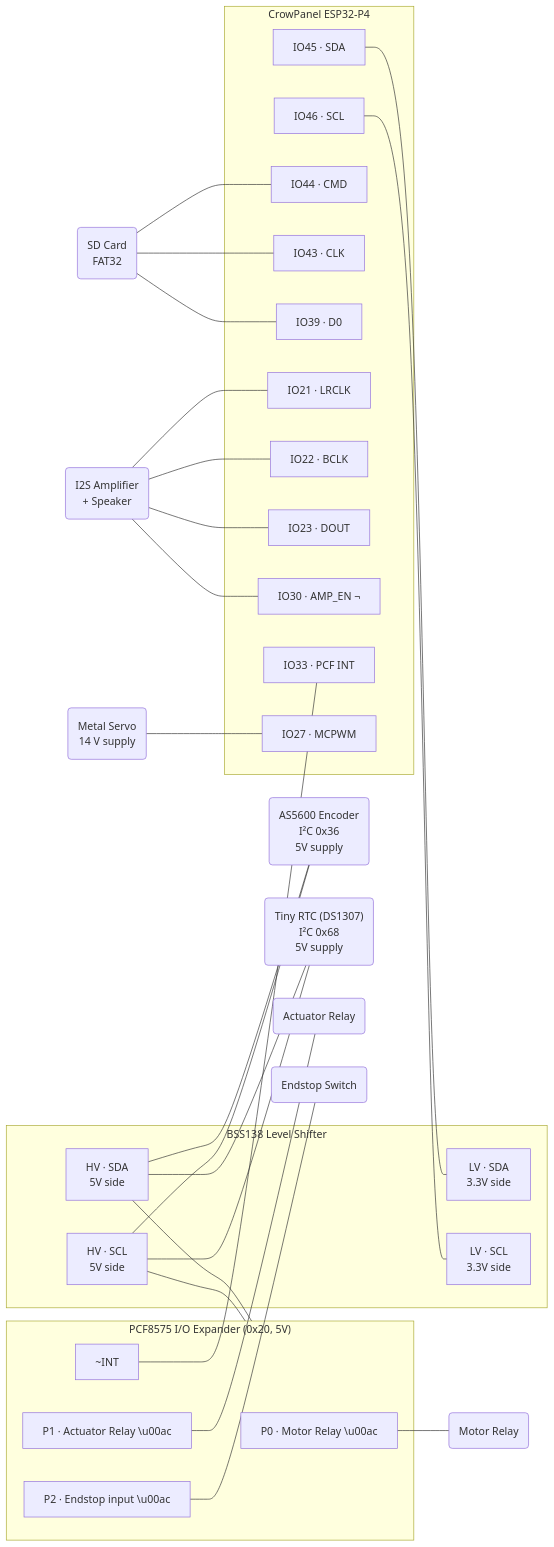
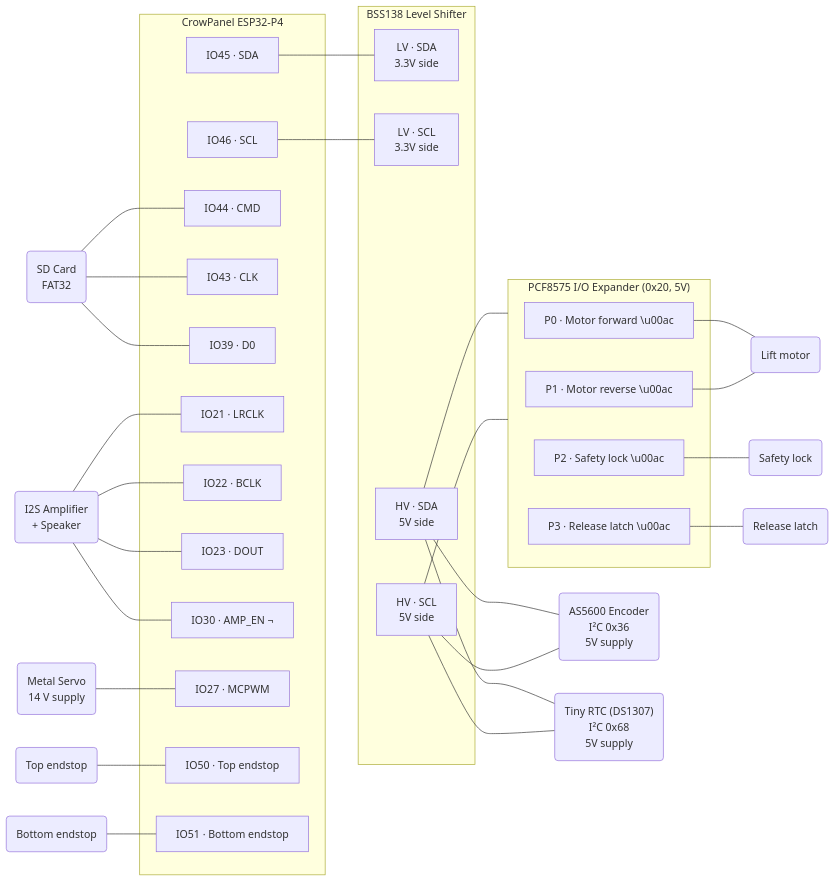
The diagram in README.md (janreinhartp/DigitalCharpyImpactTestingMachine), drawn with Mermaid before and after one commit. The commit also changed other lines of this file and 20 other files, not shown here.

````diff
--- a/README.md
+++ b/README.md
@@ -21,61 +25,66 @@
 ```mermaid
 graph LR
     AS5600("AS5600 Encoder\nI²C 0x36\n5V supply")
     DS1307("Tiny RTC (DS1307)\nI²C 0x68\n5V supply")
     SD("SD Card\nFAT32")
     AMP("I2S Amplifier\n+ Speaker")
     SERVO("Metal Servo\n14 V supply")
 
     subgraph PCF ["PCF8575 I/O Expander (0x20, 5V)"]
-        P0["P0 · Motor Relay \u00ac"]
-        P1["P1 · Actuator Relay \u00ac"]
-        P2["P2 · Endstop input \u00ac"]
-        PCF_INT["~INT"]
+        P0["P0 · Motor forward \u00ac"]
+        P1["P1 · Motor reverse \u00ac"]
+        P2["P2 · Safety lock \u00ac"]
+        P3["P3 · Release latch \u00ac"]
     end
 
-    MOTOR_RELAY("Motor Relay")
-    ACT_RELAY("Actuator Relay")
-    ENDSTOP("Endstop Switch")
+    MOTOR("Lift motor")
+    LOCK("Safety lock")
+    LATCH("Release latch")
+    END_TOP("Top endstop")
+    END_BOT("Bottom endstop")
 
     subgraph LS ["BSS138 Level Shifter"]
         LV_SDA["LV · SDA\n3.3V side"]
         LV_SCL["LV · SCL\n3.3V side"]
         HV_SDA["HV · SDA\n5V side"]
         HV_SCL["HV · SCL\n5V side"]
     end
 
     subgraph ESP32P4 ["CrowPanel ESP32-P4"]
         I2C_SDA["IO45 · SDA"]
         I2C_SCL["IO46 · SCL"]
         SD_CMD["IO44 · CMD"]
         SD_CLK["IO43 · CLK"]
         SD_D0["IO39 · D0"]
         I2S_LR["IO21 · LRCLK"]
         I2S_BCLK["IO22 · BCLK"]
         I2S_DOUT["IO23 · DOUT"]
         AMP_EN["IO30 · AMP_EN ¬"]
-        IO33["IO33 · PCF INT"]
         IO27["IO27 · MCPWM"]
+        IO50["IO50 · Top endstop"]
+        IO51["IO51 · Bottom endstop"]
     end
 
     I2C_SDA --- LV_SDA
     I2C_SCL --- LV_SCL
     HV_SDA --- AS5600
     HV_SCL --- AS5600
     HV_SDA --- DS1307
     HV_SCL --- DS1307
     HV_SDA --- PCF
     HV_SCL --- PCF
-    P0 --- MOTOR_RELAY
-    P1 --- ACT_RELAY
-    P2 --- ENDSTOP
-    PCF_INT --- IO33
+    P0 --- MOTOR
+    P1 --- MOTOR
+    P2 --- LOCK
+    P3 --- LATCH
+    END_TOP --- IO50
+    END_BOT --- IO51
     SD --- SD_CMD
     SD --- SD_CLK
     SD --- SD_D0
     AMP --- I2S_LR
     AMP --- I2S_BCLK
     AMP --- I2S_DOUT
     AMP --- AMP_EN
     SERVO --- IO27
 ```
````
